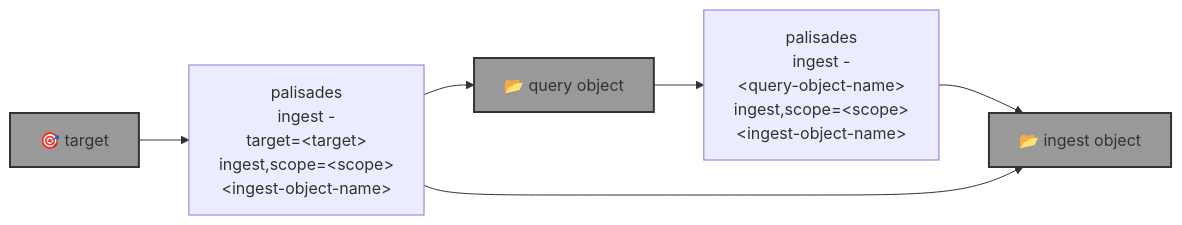
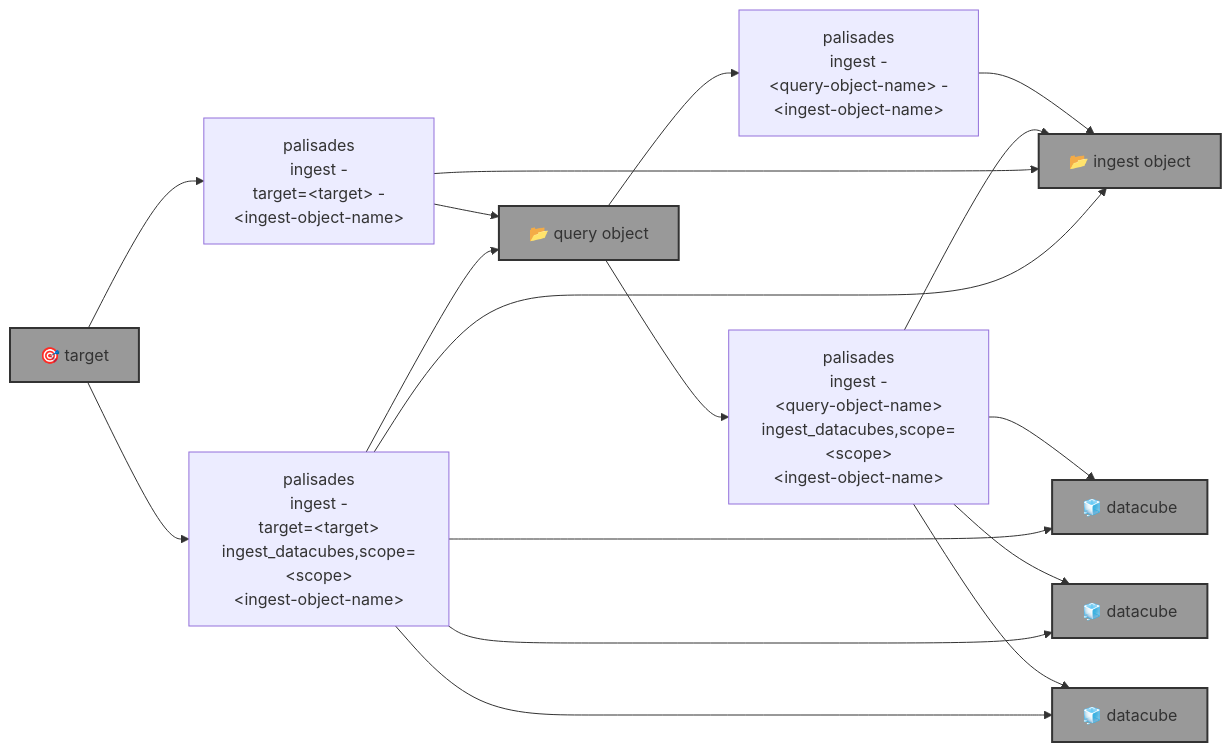
The diagram in blue_sandbox/palisades/README.md (kamangir/blue-sandbox), drawn with Mermaid before and after one commit. The commit also changed other lines of this file and 4 other files, not shown here.

````diff
--- a/blue_sandbox/palisades/README.md
+++ b/blue_sandbox/palisades/README.md
@@ -5,18 +5,37 @@
 ```mermaid
 graph LR
-    palisades_ingest_query["palisades<br>ingest -<br>&lt;query-object-name&gt;<br>ingest,scope=&lt;scope&gt;<br>&lt;ingest-object-name&gt;"]
-    palisades_ingest_target["palisades<br>ingest -<br>target=&lt;target&gt;<br>ingest,scope=&lt;scope&gt;<br>&lt;ingest-object-name&gt;"]
+    palisades_ingest_query["palisades<br>ingest -<br>&lt;query-object-name&gt; -<br>&lt;ingest-object-name&gt;"]
+    palisades_ingest_query_ingest["palisades<br>ingest -<br>&lt;query-object-name&gt;<br>ingest_datacubes,scope=&lt;scope&gt;<br>&lt;ingest-object-name&gt;"]
+
+    palisades_ingest_target["palisades<br>ingest -<br>target=&lt;target&gt; -<br>&lt;ingest-object-name&gt;"]
+    palisades_ingest_target_ingest["palisades<br>ingest -<br>target=&lt;target&gt;<br>ingest_datacubes,scope=&lt;scope&gt;<br>&lt;ingest-object-name&gt;"]
 
     target["🎯 target"]:::folder
     query_object["📂 query object"]:::folder
     ingest_object["📂 ingest object"]:::folder
+    datacube_1["🧊 datacube"]:::folder
+    datacube_2["🧊 datacube"]:::folder
+    datacube_3["🧊 datacube"]:::folder
 
     query_object --> palisades_ingest_query
     palisades_ingest_query --> ingest_object
+
+    query_object --> palisades_ingest_query_ingest
+    palisades_ingest_query_ingest --> datacube_1
+    palisades_ingest_query_ingest --> datacube_2
+    palisades_ingest_query_ingest --> datacube_3
+    palisades_ingest_query_ingest --> ingest_object
 
     target --> palisades_ingest_target
     palisades_ingest_target --> query_object
     palisades_ingest_target --> ingest_object
 
+    target --> palisades_ingest_target_ingest
+    palisades_ingest_target_ingest --> query_object
+    palisades_ingest_target_ingest --> datacube_1
+    palisades_ingest_target_ingest --> datacube_2
+    palisades_ingest_target_ingest --> datacube_3
+    palisades_ingest_target_ingest --> ingest_object
+
     classDef folder fill:#999,stroke:#333,stroke-width:2px;
 ```
````
